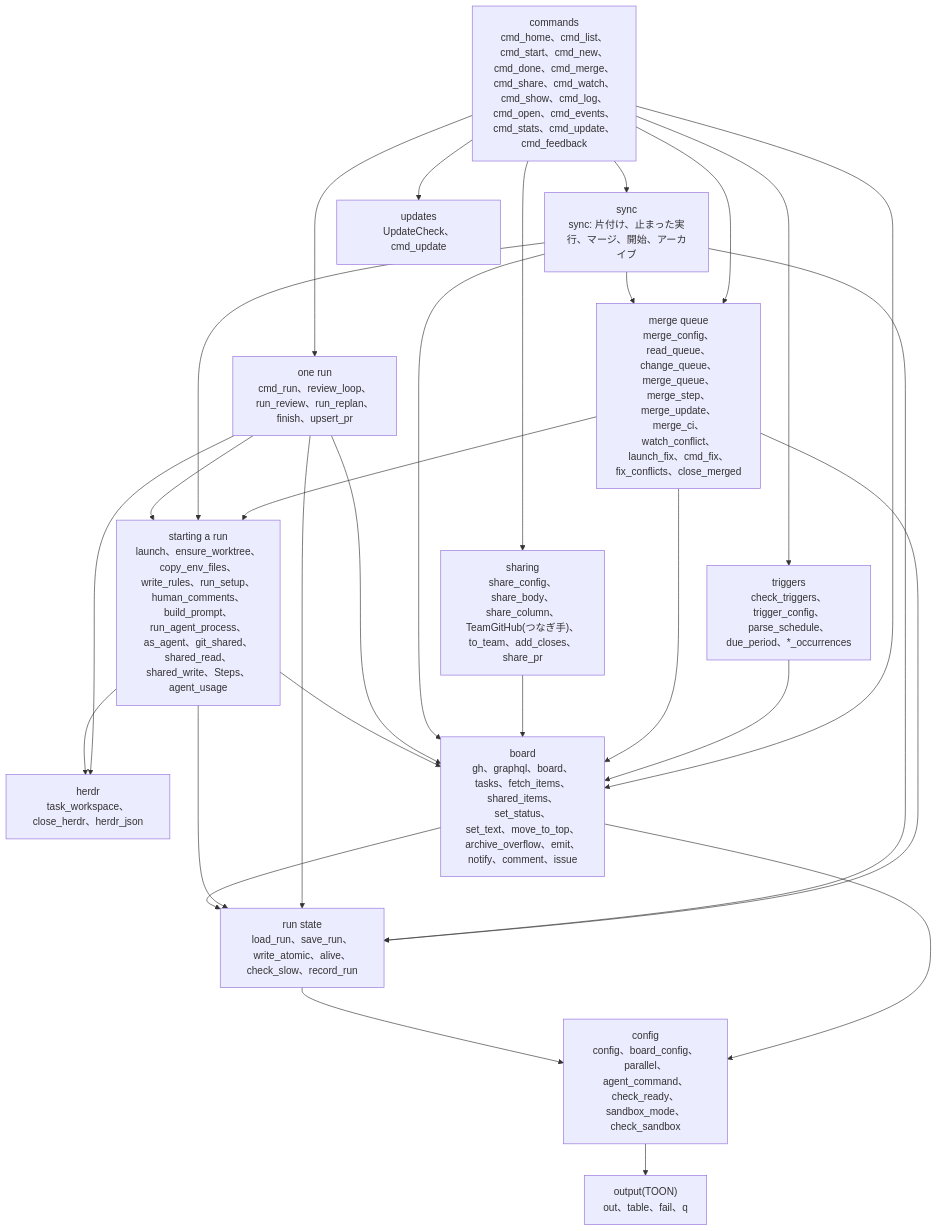
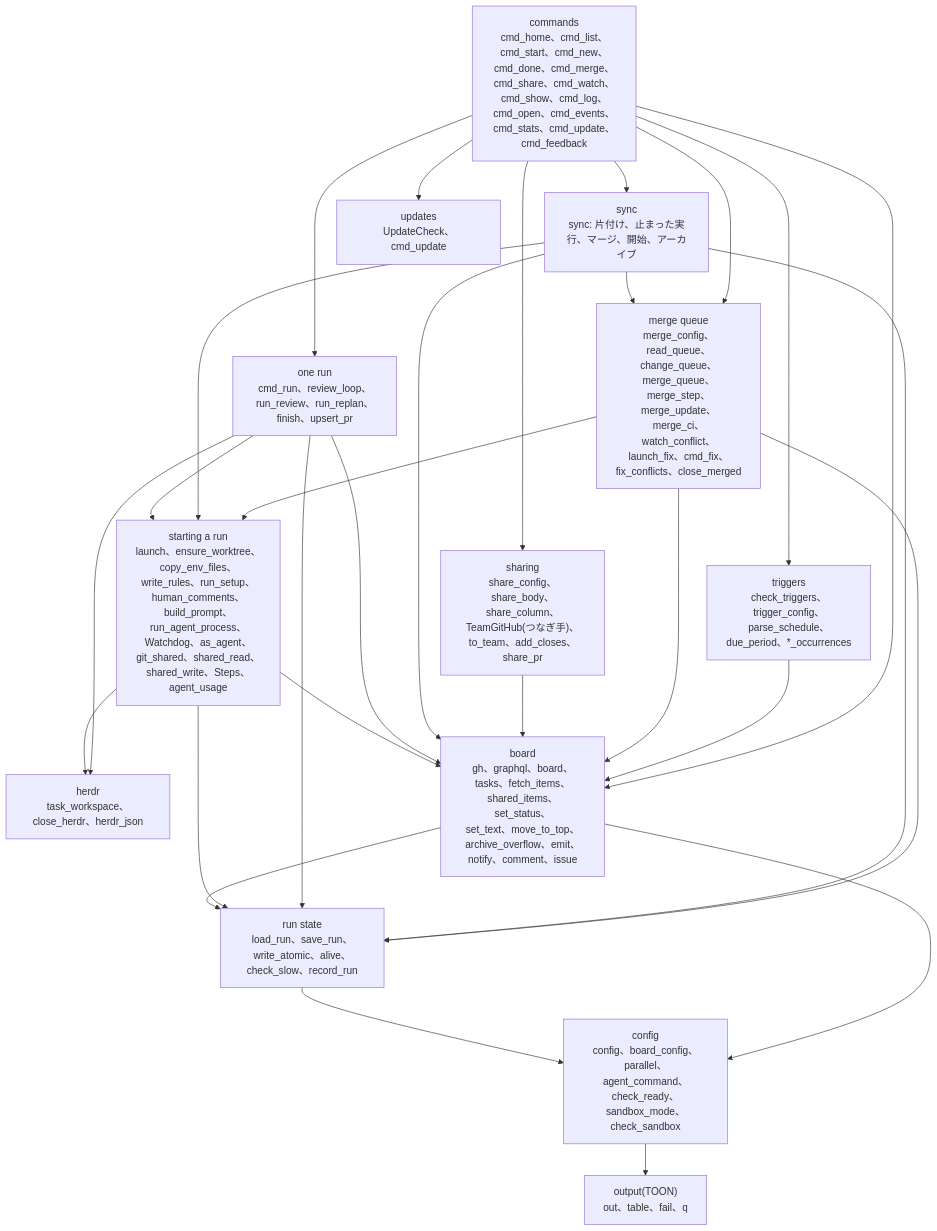
One commit to jyoka/task-hub changed the first of 9 diagrams in docs/architecture/lld.md. Above: the diagram before and after it, drawn with Mermaid. The commit also changed other lines of this file and 7 other files, not shown here.

````diff
--- a/docs/architecture/lld.md
+++ b/docs/architecture/lld.md
@@ -11,44 +11,44 @@
 ```mermaid
 flowchart TB
     commands["commands<br/>cmd_home、cmd_list、cmd_start、cmd_new、cmd_done、cmd_merge、cmd_share、cmd_watch、<br/>cmd_show、cmd_log、cmd_open、cmd_events、cmd_stats、cmd_update、cmd_feedback"]
     mergeq["merge queue<br/>merge_config、read_queue、change_queue、merge_queue、merge_step、merge_update、merge_ci、<br/>watch_conflict、launch_fix、cmd_fix、fix_conflicts、close_merged"]
     sharing["sharing<br/>share_config、share_body、share_column、TeamGitHub(つなぎ手)、to_team、add_closes、share_pr"]
     sync["sync<br/>sync: 片付け、止まった実行、マージ、開始、アーカイブ"]
     runone["one run<br/>cmd_run、review_loop、run_review、run_replan、finish、upsert_pr"]
-    start["starting a run<br/>launch、ensure_worktree、copy_env_files、write_rules、run_setup、human_comments、build_prompt、<br/>run_agent_process、as_agent、git_shared、shared_read、shared_write、Steps、agent_usage"]
+    start["starting a run<br/>launch、ensure_worktree、copy_env_files、write_rules、run_setup、human_comments、build_prompt、<br/>run_agent_process、Watchdog、as_agent、git_shared、shared_read、shared_write、Steps、agent_usage"]
     herdr["herdr<br/>task_workspace、close_herdr、herdr_json"]
     runstate["run state<br/>load_run、save_run、write_atomic、alive、check_slow、record_run"]
     boardl["board<br/>gh、graphql、board、tasks、fetch_items、shared_items、set_status、<br/>set_text、move_to_top、archive_overflow、emit、notify、comment、issue"]
     config["config<br/>config、board_config、parallel、agent_command、check_ready、sandbox_mode、check_sandbox"]
     output["output(TOON)<br/>out、table、fail、q"]
     updates["updates<br/>UpdateCheck、cmd_update"]
     triggers["triggers<br/>check_triggers、trigger_config、parse_schedule、due_period、*_occurrences"]
 
     commands --> sync
     commands --> runone
     commands --> boardl
     commands --> updates
     commands --> triggers
     triggers --> boardl
     commands --> sharing
     commands --> mergeq
     sync --> mergeq
     mergeq --> start
     mergeq --> boardl
     mergeq --> runstate
     sharing --> boardl
     sync --> start
     sync --> boardl
     sync --> runstate
     runone --> start
     runone --> boardl
     runone --> runstate
     runone --> herdr
     start --> herdr
     start --> runstate
     start --> boardl
     boardl --> runstate
     boardl --> config
     runstate --> config
     config --> output
 ```
````
